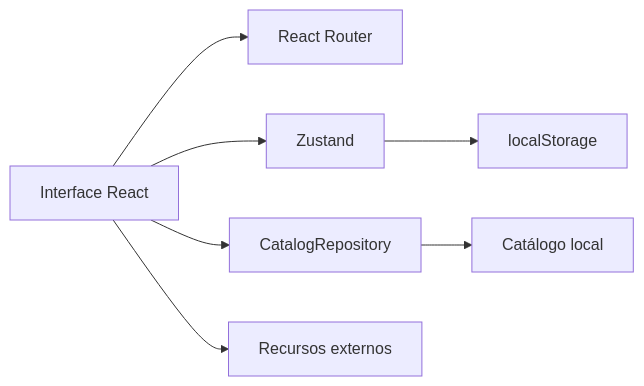
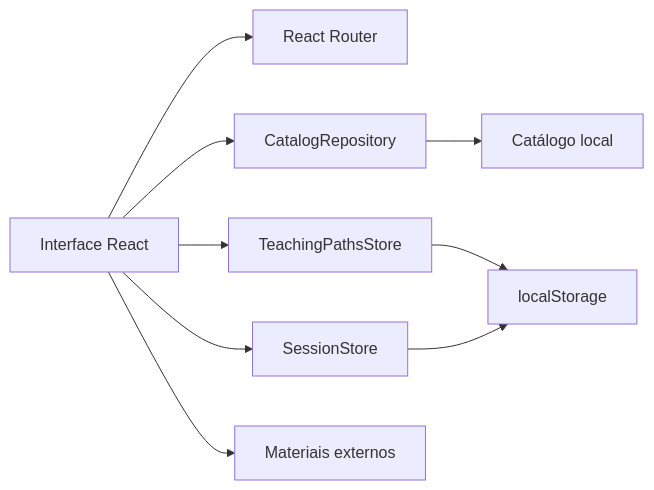
One commit to AKL77/explora-computacao changed the first of 2 diagrams in docs/arquitetura.md. Above: the diagram before and after it, drawn with Mermaid. The commit also changed other lines of this file and 62 other files, not shown here.

````diff
--- a/docs/arquitetura.md
+++ b/docs/arquitetura.md
@@ -9,9 +9,11 @@
 ```mermaid
 flowchart LR
-  UI["Interface React"] --> RR["React Router"]
-  UI --> STORE["Zustand"]
-  UI --> REPO["CatalogRepository"]
-  REPO --> FIXTURE["Catálogo local"]
-  STORE --> LS["localStorage"]
-  UI --> EXT["Recursos externos"]
+  UI["Interface React"] --> ROUTER["React Router"]
+  UI --> CATALOG["CatalogRepository"]
+  CATALOG --> FIXTURE["Catálogo local"]
+  UI --> PATHS["TeachingPathsStore"]
+  UI --> SESSION["SessionStore"]
+  PATHS --> LS["localStorage"]
+  SESSION --> LS
+  UI --> EXT["Materiais externos"]
 ```
````
